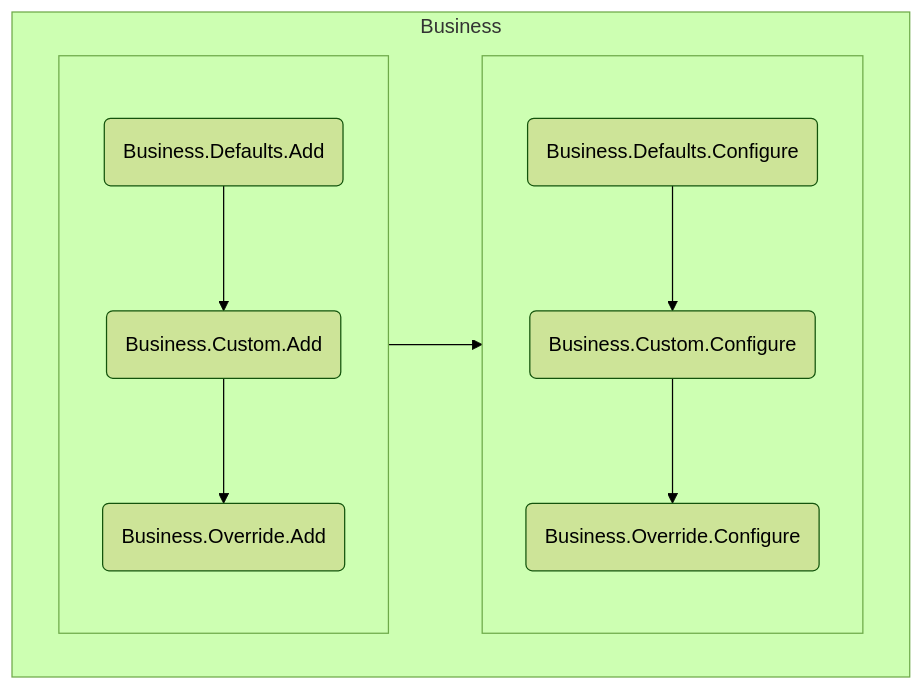
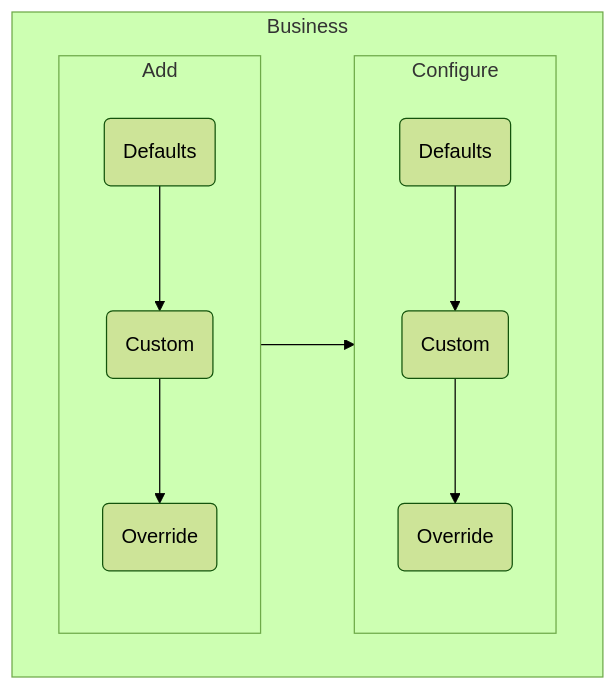
Before and after one commit to mouseless/baked: the second of 2 diagrams in docs/recipes/data-source.md, drawn with Mermaid (forest theme). The commit also changed 4 other files, not shown here.

````diff
--- a/docs/recipes/data-source.md
+++ b/docs/recipes/data-source.md
@@ -109,25 +109,25 @@
 ```mermaid
 flowchart LR
 
-  BDA(Business.Defaults.Add)
-  BCA(Business.Custom.Add)
-  BOA(Business.Override.Add)
+  BDA(Defaults)
+  BCA(Custom)
+  BOA(Override)
 
-  BDC(Business.Defaults.Configure)
-  BCC(Business.Custom.Configure)
-  BOC(Business.Override.Configure)
+  BDC(Defaults)
+  BCC(Custom)
+  BOC(Override)
 
   subgraph Business
     direction LR
-    subgraph BA[ ]
+    subgraph BA[Add]
       direction TD
       BDA --> BCA --> BOA
     end
-    subgraph BC[ ]
+    subgraph BC[Configure]
       direction TD
       BDC --> BCC --> BOC
     end
-  end  
+  end
 
-  BA --> BC 
+  BA --> BC
 ```
````
